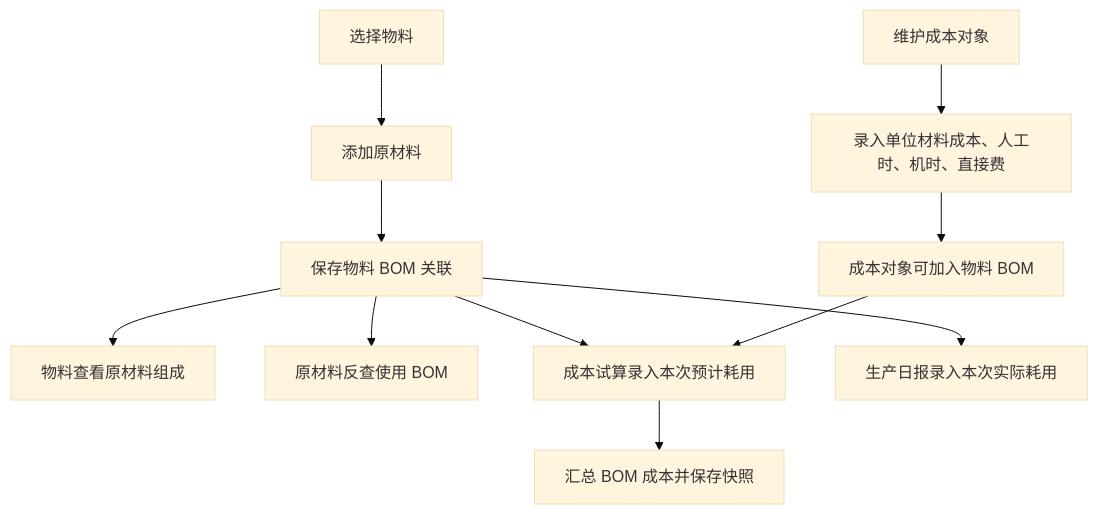
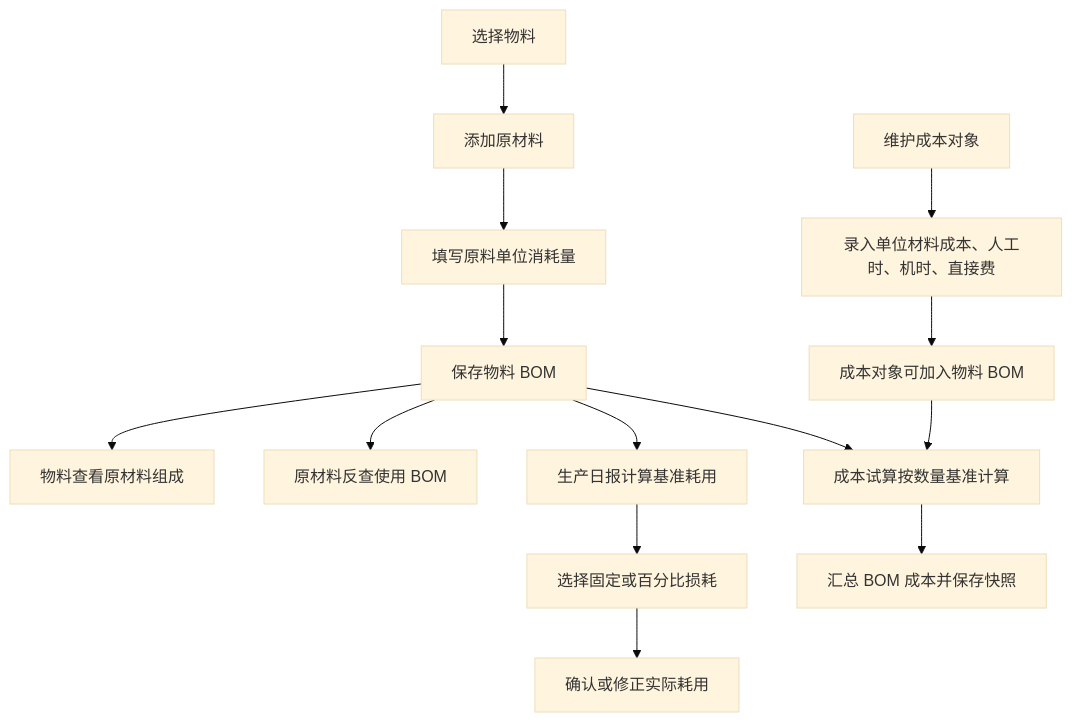
One commit to goldf2/mes-lite changed diagram 11 of 15 in docs/minierp/system-function-flow.md. Above: the diagram before and after it, drawn with Mermaid (base theme). The commit also changed other lines of this file and 30 other files, not shown here.

````diff
--- a/docs/minierp/system-function-flow.md
+++ b/docs/minierp/system-function-flow.md
@@ -326,13 +328,16 @@
 ```mermaid
 flowchart TD
   A["选择物料"] --> B["添加原材料"]
-  B --> D["保存物料 BOM 关联"]
+  B --> C["填写原料单位消耗量"]
+  C --> D["保存物料 BOM"]
   D --> E["物料查看原材料组成"]
   D --> F["原材料反查使用 BOM"]
-  D --> G["成本试算录入本次预计耗用"]
-  D --> P["生产日报录入本次实际耗用"]
+  D --> G["成本试算按数量基准计算"]
+  D --> P["生产日报计算基准耗用"]
+  P --> L["选择固定或百分比损耗"]
+  L --> M["确认或修正实际耗用"]
   H["维护成本对象"] --> I["录入单位材料成本、人工时、机时、直接费"]
   I --> J["成本对象可加入物料 BOM"]
   J --> G
   G --> K["汇总 BOM 成本并保存快照"]
 ```
````
